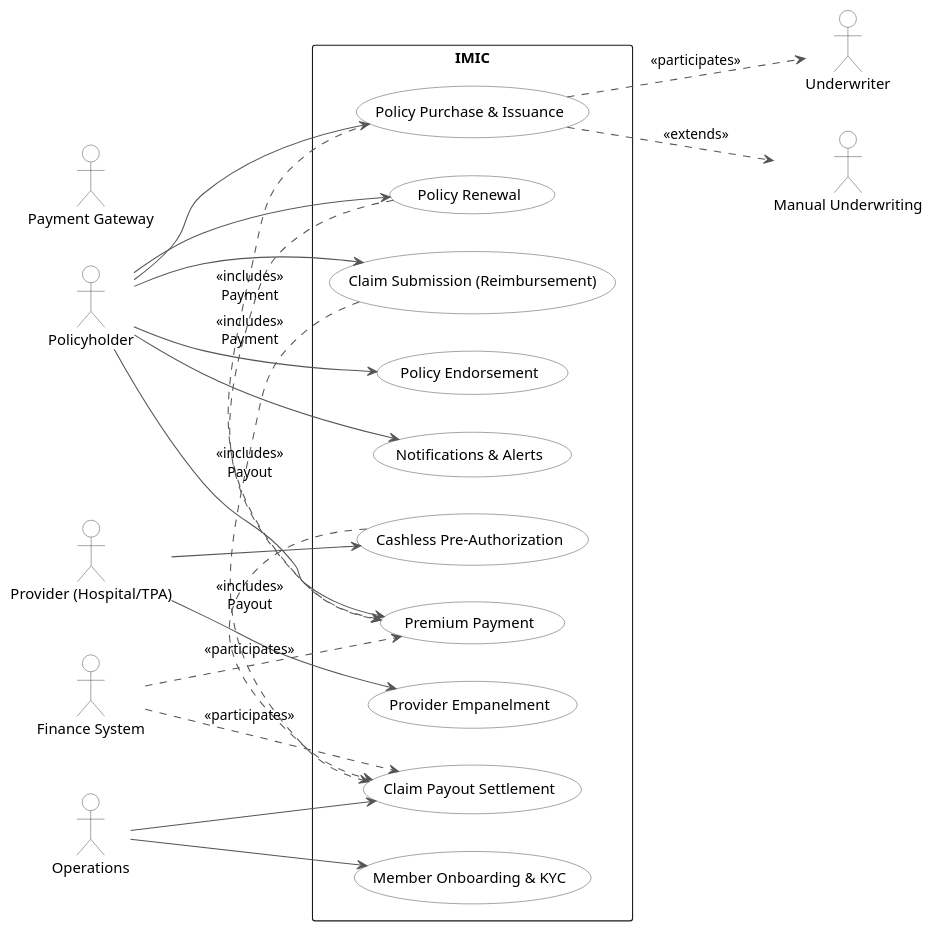
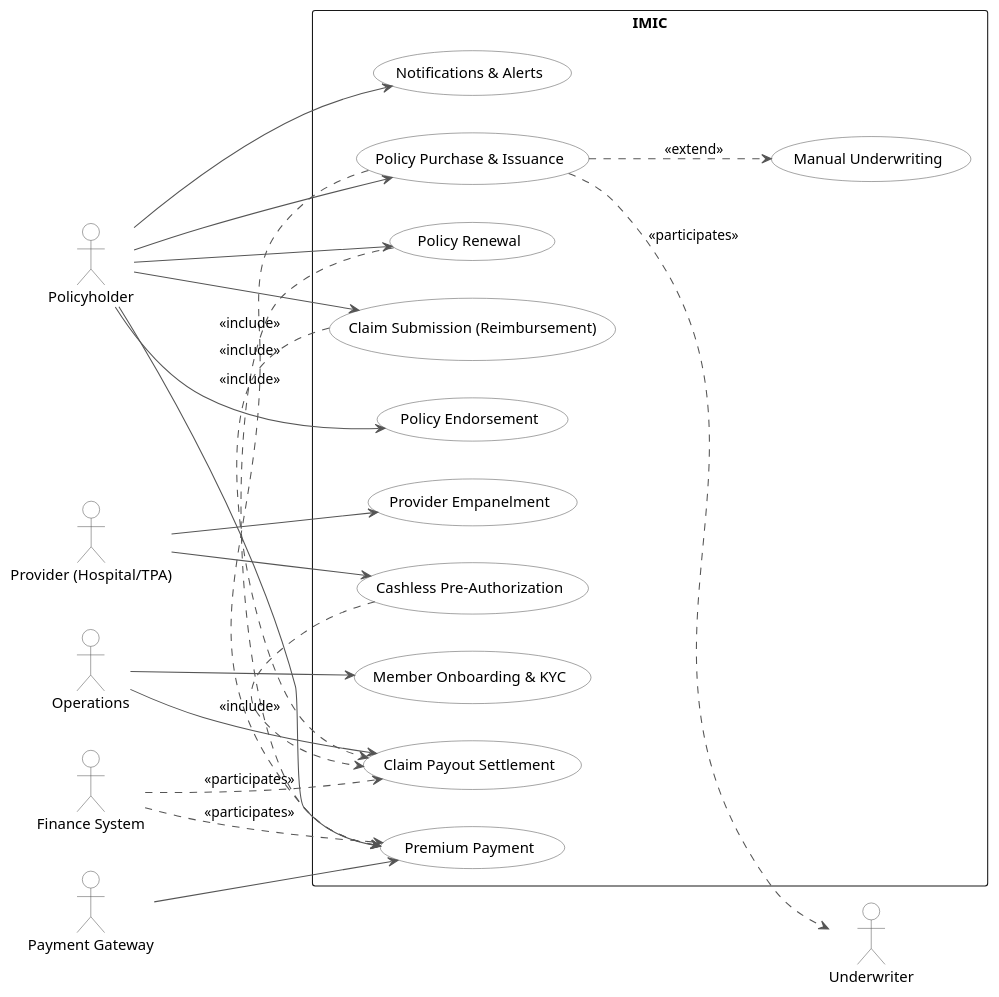
One commit to dubeyma-cts/imic-medical-insurance-cs changed the diagram in docs/90-diagrams/plantuml/usecases.puml. Above: the diagram before and after it, drawn with PlantUML.

```diff
--- a/docs/90-diagrams/plantuml/usecases.puml
+++ b/docs/90-diagrams/plantuml/usecases.puml
@@ -1,65 +1,63 @@
 @startuml
 ' Use-case overview for IMIC
 ' File: docs/90-diagrams/plantuml/usecases.puml
 
 left to right direction
 skinparam packageStyle rectangle
-skinparam usecase {
-  BackgroundColor White
-  BorderColor #555555
-  ArrowColor #555555
-}
-skinparam actor {
-  BorderColor #555555
-  BackgroundColor #FFFFFF
-}
+skinparam usecaseBackgroundColor White
+skinparam usecaseBorderColor #555555
+skinparam usecaseArrowColor #555555
+skinparam actorBorderColor #555555
+skinparam actorBackgroundColor #FFFFFF
 
 ' --- Actors ---
 actor Policyholder as PH
 actor "Provider (Hospital/TPA)" as Provider
 actor "Operations" as Ops
 actor "Finance System" as Finance
 actor "Payment Gateway" as PG
 actor "Underwriter" as UW
 
 ' --- System boundary ---
 rectangle "IMIC" as IMIC {
   usecase UC01 as "Policy Purchase & Issuance"
   usecase UC02 as "Policy Renewal"
   usecase UC03 as "Claim Submission (Reimbursement)"
-  usecase UC04 as "Cashless Pre‑Authorization"
+  usecase UC04 as "Cashless Pre-Authorization"
   usecase UC05 as "Premium Payment"
   usecase UC06 as "Claim Payout Settlement"
   usecase UC07 as "Member Onboarding & KYC"
   usecase UC08 as "Provider Empanelment"
   usecase UC09 as "Policy Endorsement"
   usecase UC10 as "Notifications & Alerts"
+  usecase UC11 as "Manual Underwriting"
 }
 
 ' --- Primary associations ---
 PH --> UC01
 PH --> UC02
 PH --> UC03
 Provider --> UC04
 PH --> UC05
 Ops --> UC06
 Ops --> UC07
 Provider --> UC08
 PH --> UC09
 PH --> UC10
+PG --> UC05
 
 ' --- Includes / extends relationships ---
-UC01 .> UC05 : <<includes>>\nPayment
-UC02 .> UC05 : <<includes>>\nPayment
-UC03 .> UC06 : <<includes>>\nPayout
-UC04 .> UC06 : <<includes>>\nPayout
+UC01 .> UC05 : <<include>>
+UC02 .> UC05 : <<include>>
+UC03 .> UC06 : <<include>>
+UC04 .> UC06 : <<include>>
 
 ' Optional: underwriting extension for purchase when risk triggers
+UC01 ..> UC11 : <<extend>>
 UC01 ..> UW : <<participates>>
-UC01 ..> "Manual Underwriting" : <<extends>>
 
 ' Optional: finance system interaction (settlement & reconciliation)
 Finance ..> UC06 : <<participates>>
 Finance ..> UC05 : <<participates>>
 
 @enduml
```
